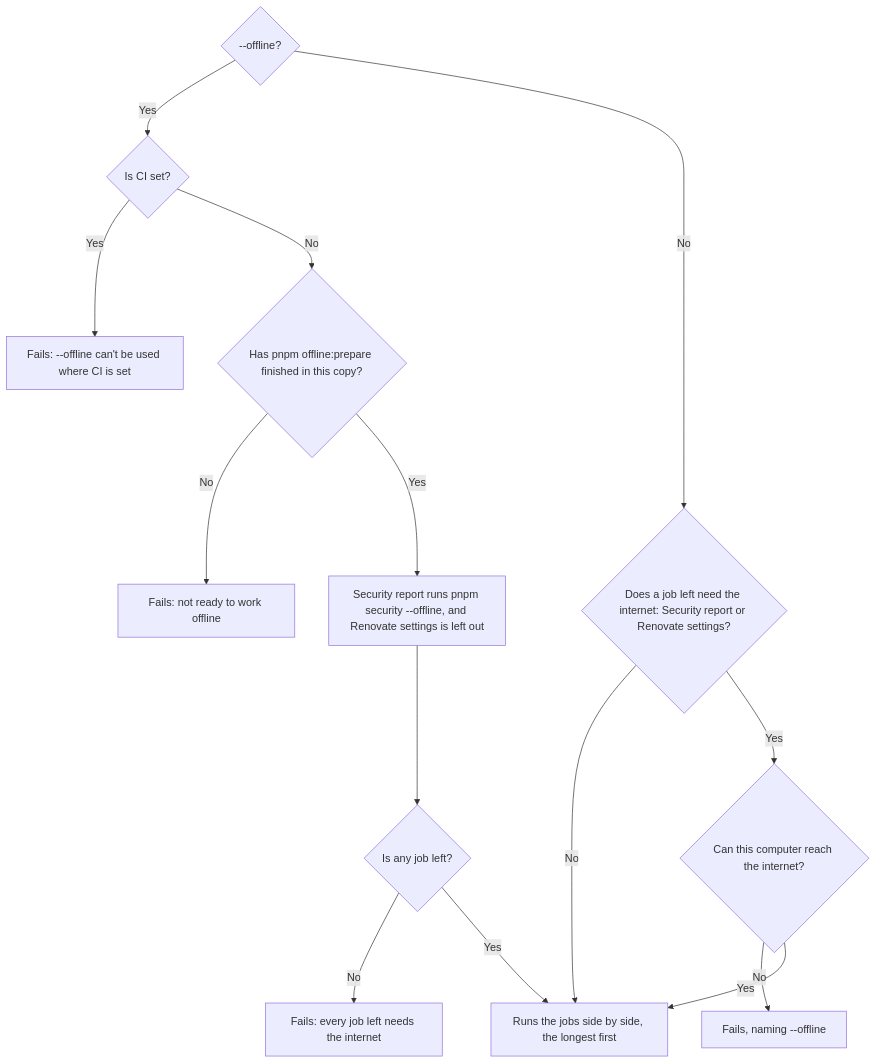
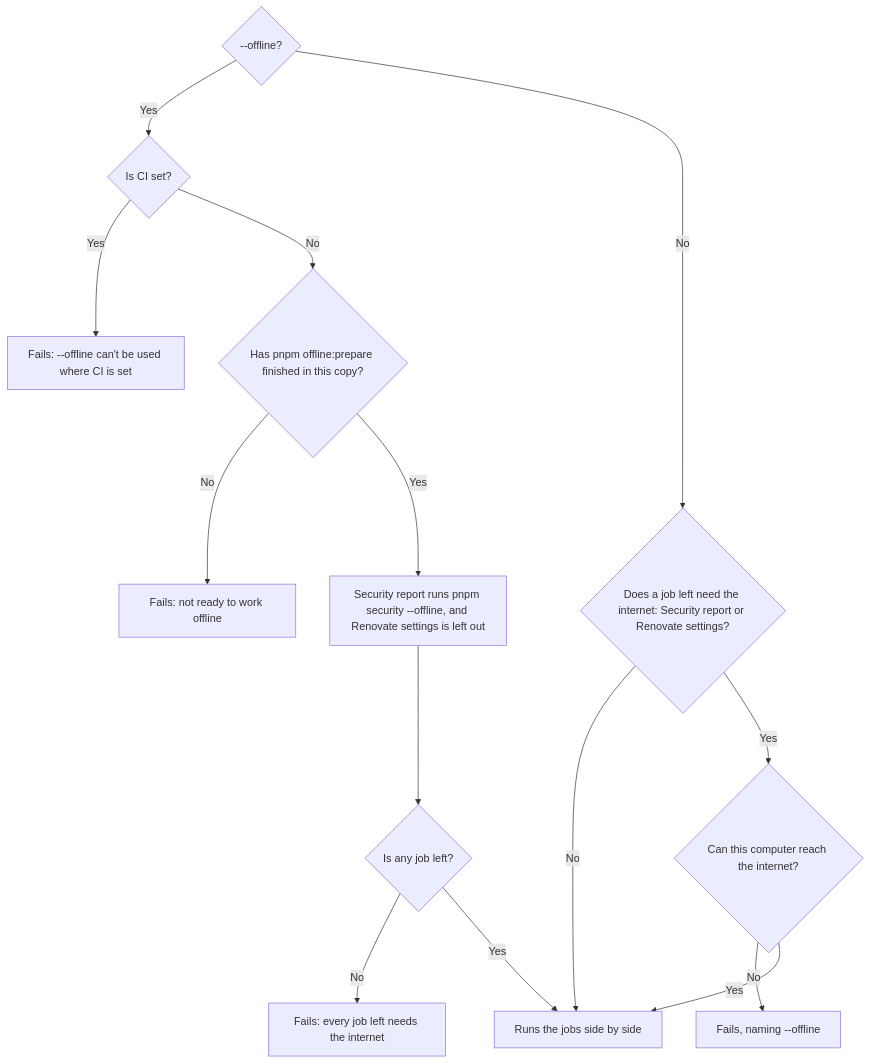
The fifth of 11 diagrams in docs/design/checks-and-ci.md (ribbitworks/fathom), drawn with Mermaid before and after one commit. The commit also changed other lines of this file and 2 other files, not shown here.

````diff
--- a/docs/design/checks-and-ci.md
+++ b/docs/design/checks-and-ci.md
@@ -118,17 +118,17 @@
 ```mermaid
 flowchart TD
     Offline{"--offline?"}
     Offline -- Yes --> OfflineInCi{"Is CI set?"}
     OfflineInCi -- Yes --> OfflineRefused["Fails: --offline can't be used where CI is set"]
     OfflineInCi -- No --> Prepared{"Has pnpm offline:prepare finished in this copy?"}
     Prepared -- No --> NotPrepared["Fails: not ready to work offline"]
     Prepared -- Yes --> OfflineJobs["Security report runs pnpm security --offline, and Renovate settings is left out"]
     OfflineJobs --> AnyLeft{"Is any job left?"}
     AnyLeft -- No --> NothingLeft["Fails: every job left needs the internet"]
     Offline -- No --> NeedsInternet{"Does a job left need the internet: Security report or Renovate settings?"}
     NeedsInternet -- No --> Run
     NeedsInternet -- Yes --> Connected{"Can this computer reach the internet?"}
     Connected -- No --> NoConnection["Fails, naming --offline"]
     Connected -- Yes --> Run
-    AnyLeft -- Yes --> Run["Runs the jobs side by side, the longest first"]
+    AnyLeft -- Yes --> Run["Runs the jobs side by side"]
 ```
````
